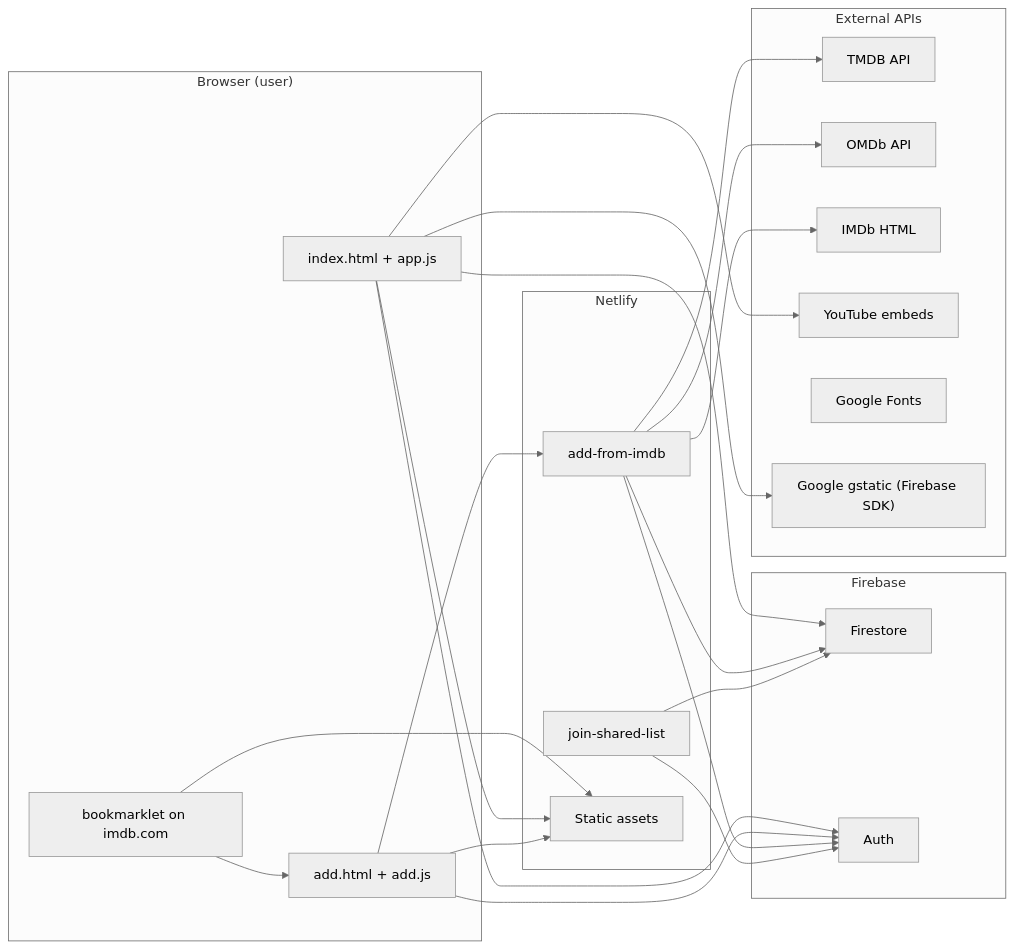
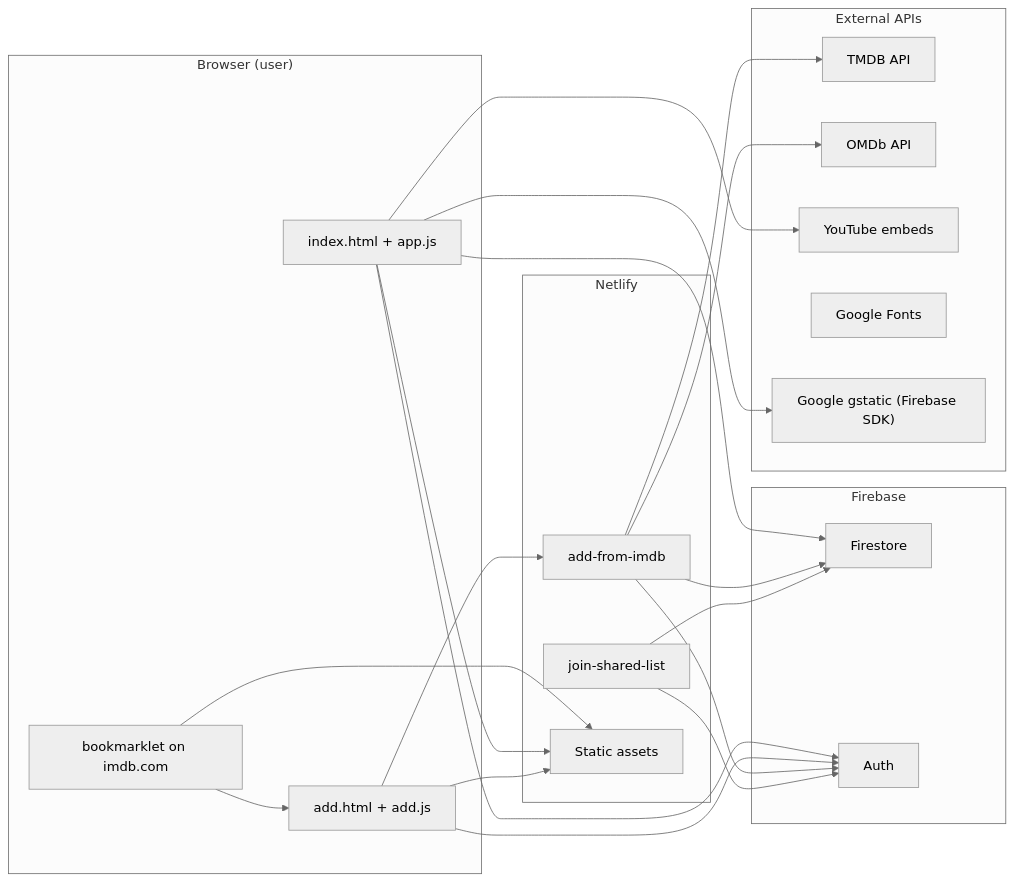
One commit to maulbogat/watchlist-app changed the first of 5 diagrams in system-design.md. Above: the diagram before and after it, drawn with Mermaid (neutral theme). The commit also changed other lines of this file and 4 other files, not shown here.

````diff
--- a/system-design.md
+++ b/system-design.md
@@ -232,48 +229,46 @@
 ```mermaid
 flowchart LR
   subgraph Browser["Browser (user)"]
     SPA["index.html + app.js"]
     ADD["add.html + add.js"]
     BM["bookmarklet on imdb.com"]
   end
 
   subgraph Netlify["Netlify"]
     NF1["add-from-imdb"]
     NF2["join-shared-list"]
     Static["Static assets"]
   end
 
   subgraph Firebase["Firebase"]
     FS["Firestore"]
     FA["Auth"]
   end
 
   subgraph External["External APIs"]
     TMDB["TMDB API"]
     OMDb["OMDb API"]
-    IMDb["IMDb HTML"]
     YT["YouTube embeds"]
     GFonts["Google Fonts"]
     Gstatic["Google gstatic (Firebase SDK)"]
   end
 
   SPA --> Gstatic
   SPA --> FA
   SPA --> FS
   ADD --> FA
   ADD --> NF1
   BM --> ADD
   BM --> Static
   SPA --> Static
   ADD --> Static
 
   NF1 --> FS
   NF1 --> FA
   NF1 --> TMDB
   NF1 --> OMDb
-  NF1 --> IMDb
   NF2 --> FS
   NF2 --> FA
 
   SPA --> YT
 ```
````
